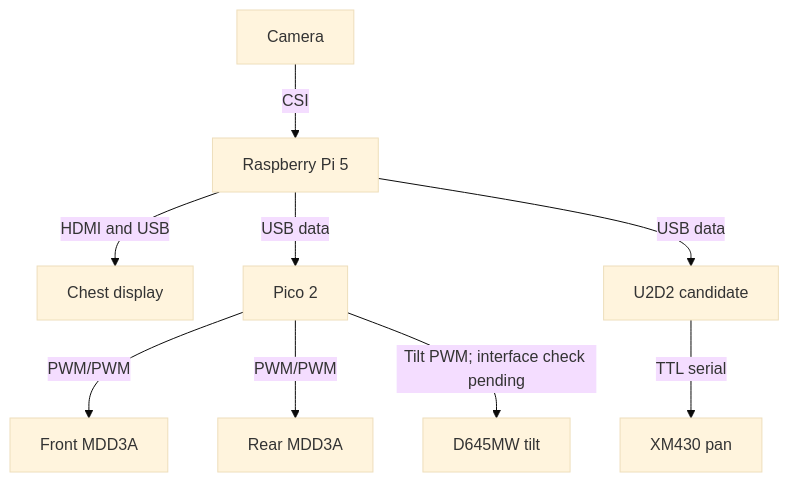
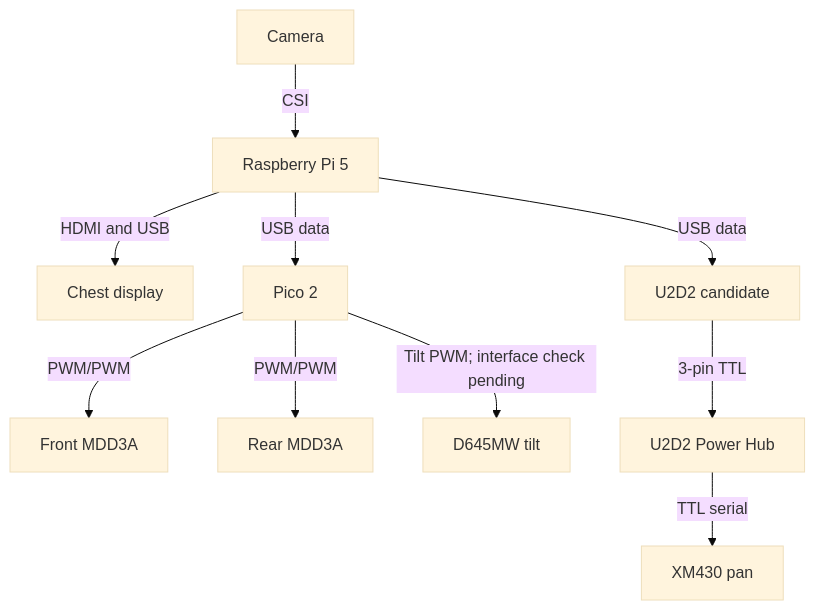
One commit to Umair-Coder124/RoverBuddy-X1-verified changed the second of 2 diagrams in README.md. Above: the diagram before and after it, drawn with Mermaid (base theme). The commit also changed other lines of this file and 3 other files, not shown here.

Commit message:
Show pan supply and Power Hub in existing wiring diagrams

````diff
--- a/README.md
+++ b/README.md
@@ -46,11 +46,12 @@
 ```mermaid
 flowchart TD
   CAM["Camera"] -->|CSI| PI["Raspberry Pi 5"]
   PI -->|HDMI and USB| SCREEN["Chest display"]
   PI -->|USB data| PICO["Pico 2"]
   PICO -->|PWM/PWM| FD["Front MDD3A"]
   PICO -->|PWM/PWM| RD["Rear MDD3A"]
   PI -->|USB data| DXL["U2D2 candidate"]
-  DXL -->|TTL serial| PAN["XM430 pan"]
+  DXL -->|3-pin TTL| HUB["U2D2 Power Hub"]
+  HUB -->|TTL serial| PAN["XM430 pan"]
   PICO -->|"Tilt PWM; interface check pending"| TILT["D645MW tilt"]
 ```
````
